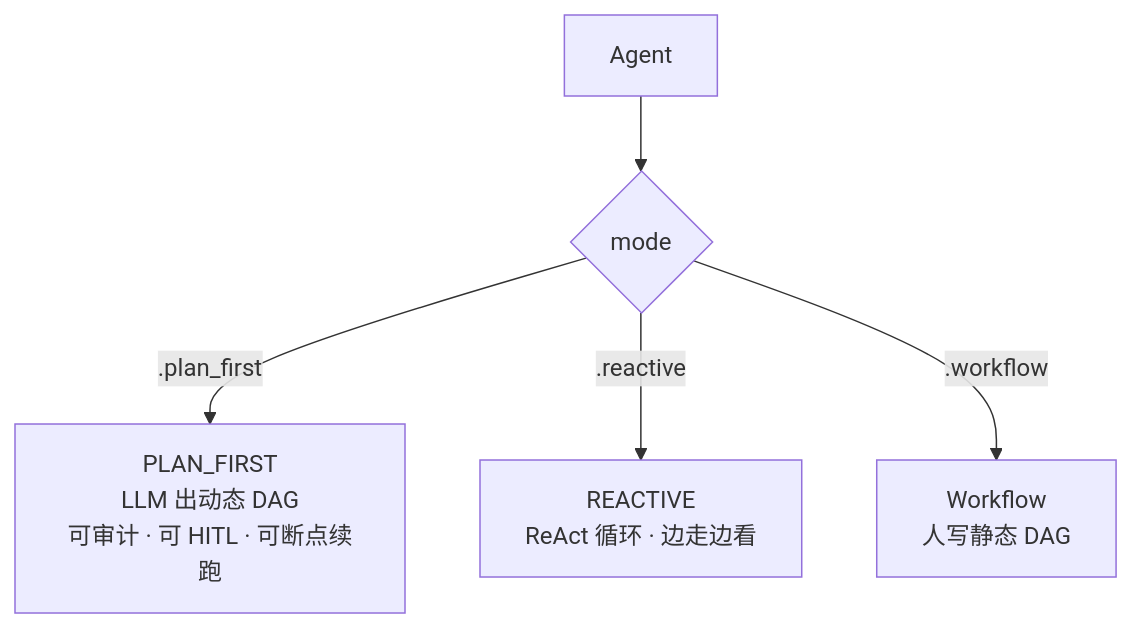
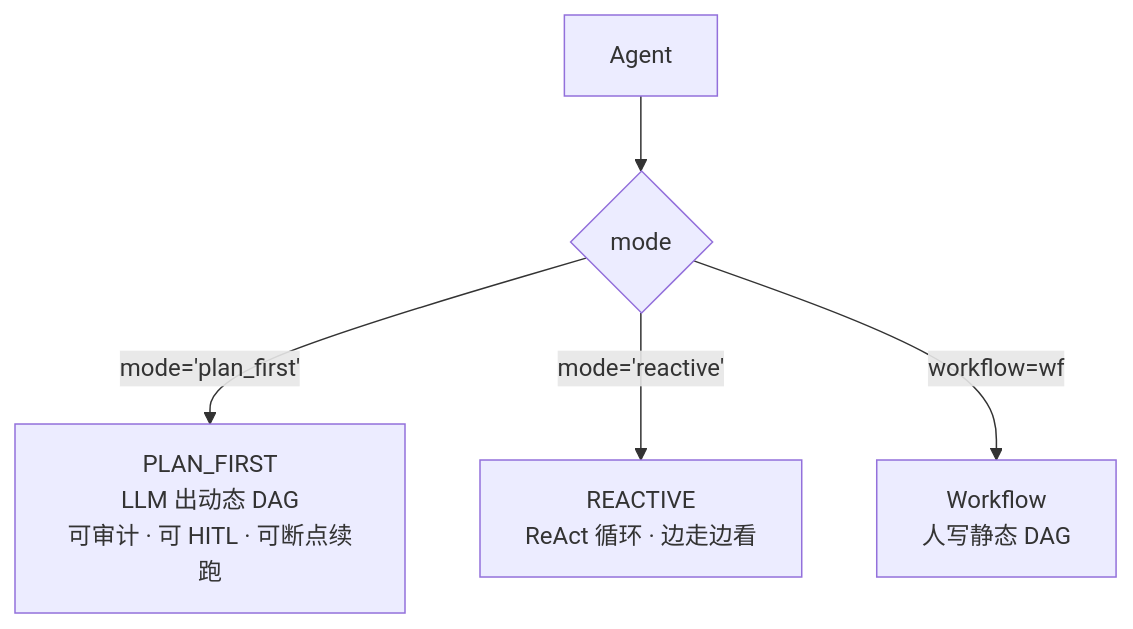
One commit to limenagent/prodagent changed the first of 3 diagrams in README.md. Above: the diagram before and after it, drawn with Mermaid. The commit also changed other lines of this file and 54 other files, not shown here.

````diff
--- a/README.md
+++ b/README.md
@@ -153,7 +151,7 @@
 ```mermaid
 graph TD
     A[Agent] --> M{mode}
-    M -->|.plan_first| PF[PLAN_FIRST<br/>LLM 出动态 DAG<br/>可审计 · 可 HITL · 可断点续跑]
-    M -->|.reactive| RV[REACTIVE<br/>ReAct 循环 · 边走边看]
-    M -->|.workflow| WF[Workflow<br/>人写静态 DAG]
+    M -->|mode='plan_first'| PF[PLAN_FIRST<br/>LLM 出动态 DAG<br/>可审计 · 可 HITL · 可断点续跑]
+    M -->|mode='reactive'| RV[REACTIVE<br/>ReAct 循环 · 边走边看]
+    M -->|workflow=wf| WF[Workflow<br/>人写静态 DAG]
 ```
````
